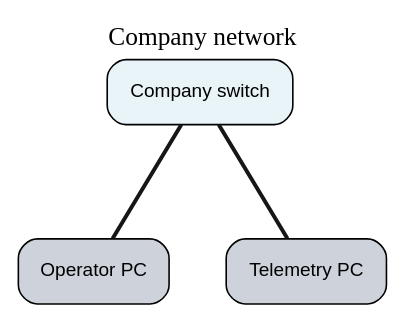
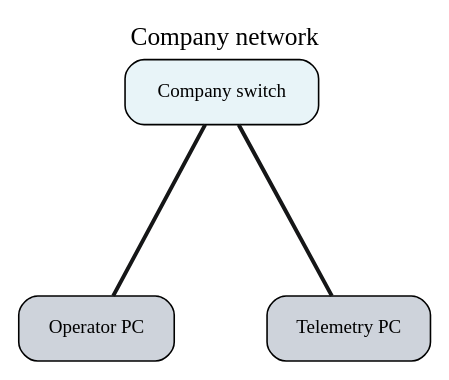
One commit to BenjiPestell/rack-diagram-demo changed the diagram in wiring_company_network.dot. Above: the diagram before and after it, drawn with Graphviz. The commit also changed 9 other files, not shown here.

```diff
--- a/wiring_company_network.dot
+++ b/wiring_company_network.dot
@@ -1,52 +1,63 @@
 graph "Company network" {
 
   graph [
     rankdir=TB,
-    nodesep=0.5,
-    ranksep=1.0,
+    nodesep=0.8,
+    ranksep=1.5,
     bgcolor="white",
     label="Company network",
     labelloc=t,
     fontsize=16,
-    fontname="Arial Bold"
+    fontname="Sinkin Sans 400 Regular"
   ];
 
   node [
     shape=box,
     style="rounded,filled",
     fillcolor="#E8F4F8",
     fontsize=12,
-    fontname="Arial",
+    fontname="Sinkin Sans 400 Regular",
     margin=0.2
   ];
 
   edge [
     color="#151617",
     style=solid,
     penwidth=2.5
   ];
 
-  // Devices by rack
+  // Sources
+  // Sources - External
+  "Company_switch" [
+    label="Company switch"
+  ];
+
+  // Compute
+  subgraph cluster_tier1_rack1_front {
+    label="Rack 1 Front";
+    style=dashed;
+    color="#999999";
+    fontname="Sinkin Sans 400 Regular";
+
     "Operator_PC" [
       label="Operator PC",
       fillcolor="#ced3db"
     ];
     "Telemetry_PC" [
       label="Telemetry PC",
       fillcolor="#ced3db"
     ];
+  }
 
-  // External devices
-  "Company_switch" [
-    label="Company switch"
-  ];
+  { rank=same; "Company_switch"; }
+  { rank=same; "Telemetry_PC"; "Operator_PC"; }
 
   // Connections
   "Company_switch" -- "Telemetry_PC" [
     color="#151617", style=solid, penwidth=2.5
   ];
   "Company_switch" -- "Operator_PC" [
     color="#151617", style=solid, penwidth=2.5
   ];
 
 }
```
